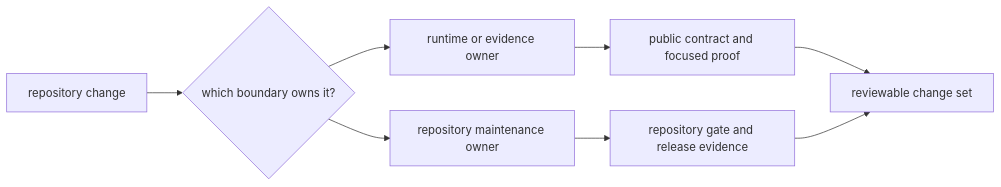
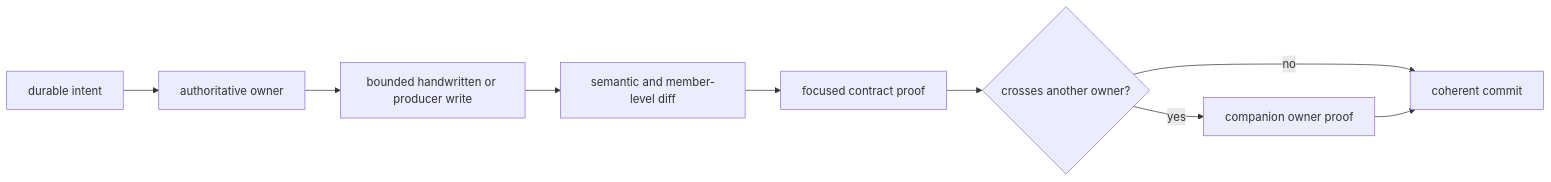
Before and after one commit to bijux/bijux-pollenomics: the second of 2 diagrams in docs/internal/index.md, drawn with Mermaid. The commit also changed other lines of this file and 3 other files, not shown here.

Commit message:
docs(maintainers): separate product and repository authority

````diff
--- a/docs/internal/index.md
+++ b/docs/internal/index.md
@@ -99,10 +101,11 @@
 ```mermaid
 flowchart LR
-    Change["repository change"] --> Owner{"which boundary owns it?"}
-    Owner --> Product["runtime or evidence owner"]
-    Owner --> Maint["repository maintenance owner"]
-    Product --> Contract["public contract and focused proof"]
-    Maint --> Gate["repository gate and release evidence"]
-    Contract --> Review["reviewable change set"]
-    Gate --> Review
+    Intent["durable intent"] --> Owner["authoritative owner"]
+    Owner --> Write["bounded handwritten or producer write"]
+    Write --> Diff["semantic and member-level diff"]
+    Diff --> Proof["focused contract proof"]
+    Proof --> Consequence{"crosses another owner?"}
+    Consequence -->|yes| Companion["companion owner proof"]
+    Consequence -->|no| Commit["coherent commit"]
+    Companion --> Commit
 ```
````
